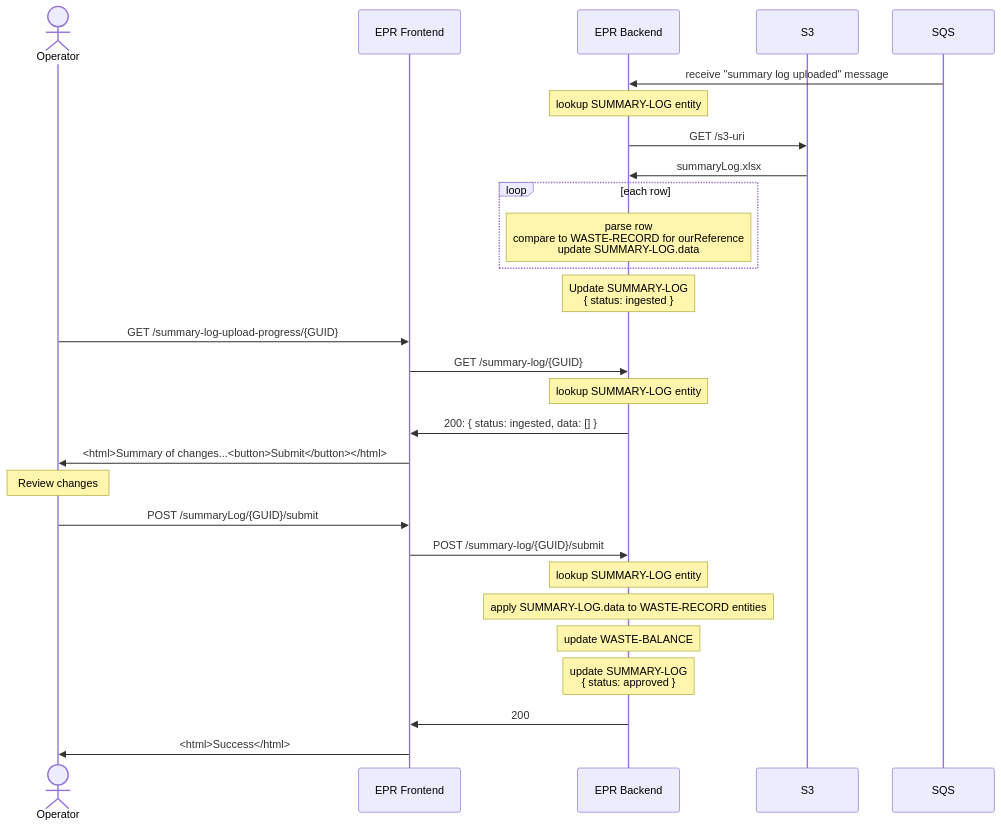
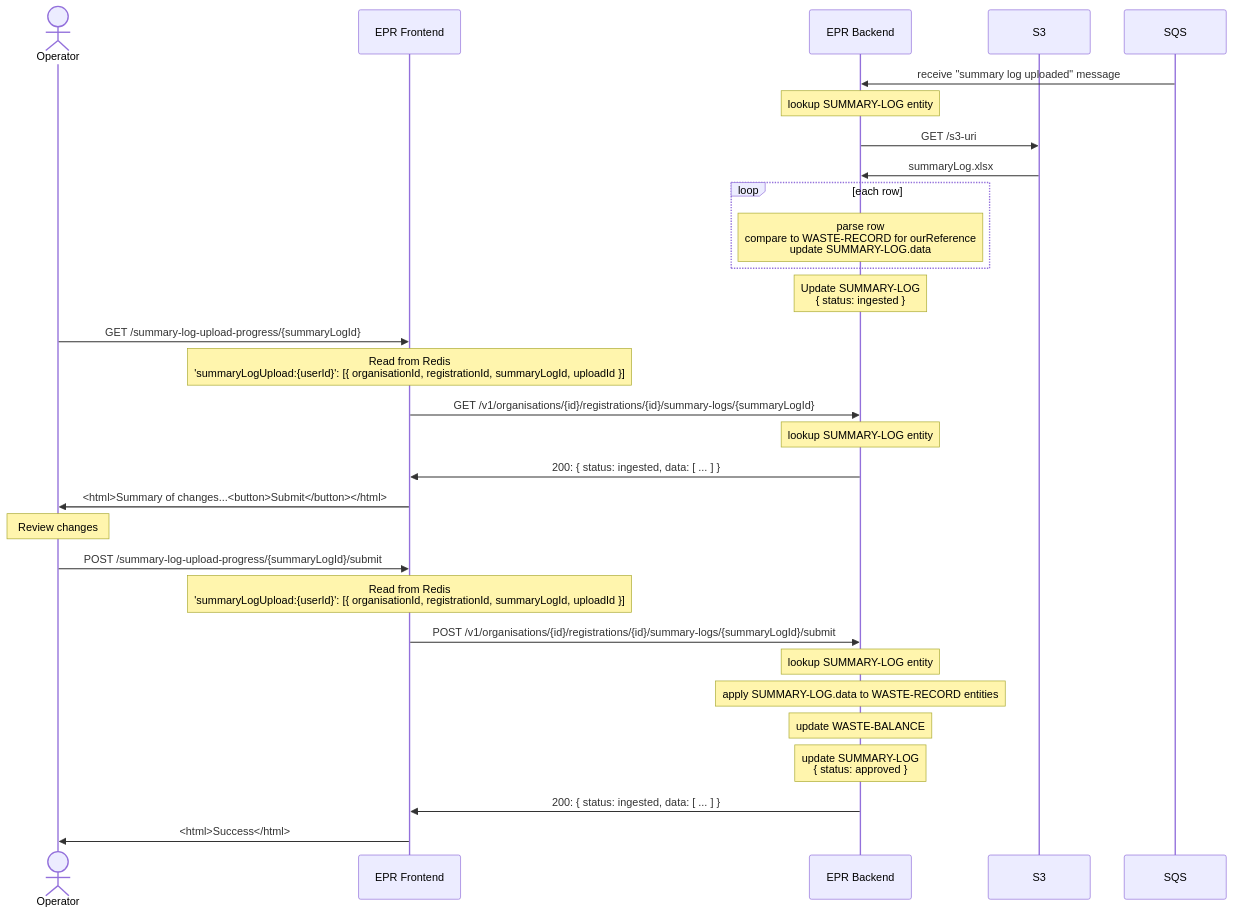
The third of 3 diagrams in docs/architecture/discovery/pepr-lld.md (DEFRA/epr-backend), drawn with Mermaid before and after one commit. The commit also changed other lines of this file and 1 other file, not shown here.

Commit message:
PAE-234: add Summary Log detail to HLD & LLD

````diff
--- a/docs/architecture/discovery/pepr-lld.md
+++ b/docs/architecture/discovery/pepr-lld.md
@@ -573,35 +574,37 @@
 ```mermaid
 sequenceDiagram
   actor Op as Operator
   participant Frontend as EPR Frontend
   participant Backend as EPR Backend
   participant S3
   participant SQS
 
 
   SQS->>Backend: receive "summary log uploaded" message
   Note over Backend: lookup SUMMARY-LOG entity
   Backend->>S3: GET /s3-uri
   S3->>Backend: summaryLog.xlsx
   loop each row
     Note over Backend: parse row<br>compare to WASTE-RECORD for ourReference<br>update SUMMARY-LOG.data
   end
   Note over Backend: Update SUMMARY-LOG<br>{ status: ingested }
 
-  Op->>Frontend: GET /summary-log-upload-progress/{GUID}
-  Frontend->>Backend: GET /summary-log/{GUID}
+  Op->>Frontend: GET /summary-log-upload-progress/{summaryLogId}
+  Note over Frontend: Read from Redis<br>'summaryLogUpload:{userId}': [{ organisationId, registrationId, summaryLogId, uploadId }]
+  Frontend->>Backend: GET /v1/organisations/{id}/registrations/{id}/summary-logs/{summaryLogId}
   Note over Backend: lookup SUMMARY-LOG entity
-  Backend->>Frontend: 200: { status: ingested, data: [] }
+  Backend->>Frontend: 200: { status: ingested, data: [ ... ] }
   Frontend->>Op: <html>Summary of changes...<button>Submit</button></html>
 
   Note over Op: Review changes
 
-  Op->>Frontend: POST /summaryLog/{GUID}/submit
-  Frontend->>Backend: POST /summary-log/{GUID}/submit
+  Op->>Frontend: POST /summary-log-upload-progress/{summaryLogId}/submit
+  Note over Frontend: Read from Redis<br>'summaryLogUpload:{userId}': [{ organisationId, registrationId, summaryLogId, uploadId }]
+  Frontend->>Backend: POST /v1/organisations/{id}/registrations/{id}/summary-logs/{summaryLogId}/submit
   Note over Backend: lookup SUMMARY-LOG entity
   Note over Backend: apply SUMMARY-LOG.data to WASTE-RECORD entities
   Note over Backend: update WASTE-BALANCE
   Note over Backend: update SUMMARY-LOG<br>{ status: approved }
-  Backend->>Frontend: 200
+  Backend->>Frontend: 200: { status: ingested, data: [ ... ] }
   Frontend->>Op: <html>Success</html>
 ```
````
